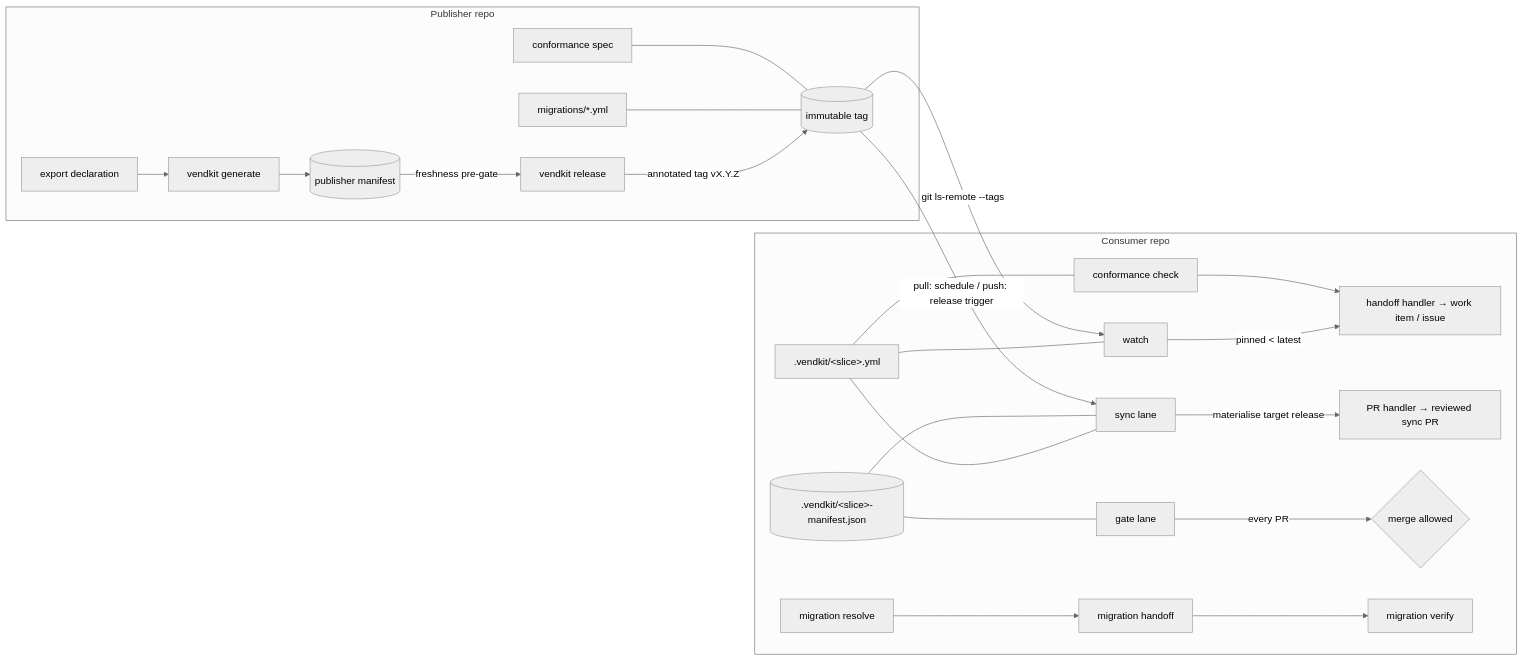
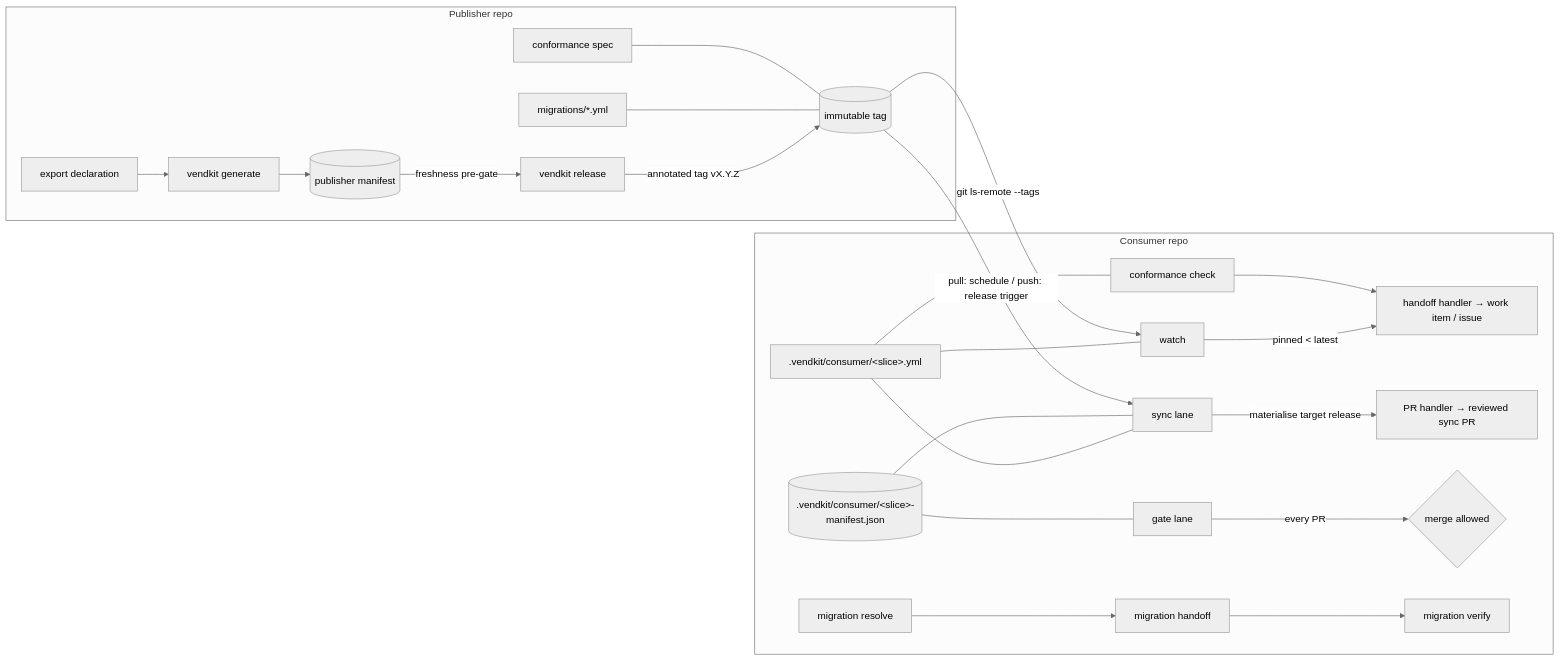
The diagram in docs/architecture.md (jameswbaxter/vendkit), drawn with Mermaid (neutral theme) before and after one commit. The commit also changed other lines of this file and 27 other files, not shown here.

First line of the commit message:
feat!: split .vendkit/ into consumer/ and publisher/ halves

````diff
--- a/docs/architecture.md
+++ b/docs/architecture.md
@@ -45,24 +45,24 @@
 ```mermaid
 flowchart LR
   subgraph Publisher repo
     D[export declaration] --> G[vendkit generate]
     G --> M[(publisher manifest)]
     R[vendkit release] -->|annotated tag vX.Y.Z| T[(immutable tag)]
     M -->|freshness pre-gate| R
     MIG[migrations/*.yml] --- T
     CS[conformance spec] --- T
   end
 
   subgraph Consumer repo
     W[watch] -->|pinned < latest| H[handoff handler → work item / issue]
     S[sync lane] -->|materialise target release| PR[PR handler → reviewed sync PR]
     GATE[gate lane] -->|every PR| OK{merge allowed}
     MR[migration resolve] --> H2[migration handoff] --> V[migration verify]
     C[conformance check] --> H
-    CFG[.vendkit/&lt;slice&gt;.yml] --- W & S & C
-    CM[(.vendkit/&lt;slice&gt;-manifest.json)] --- GATE & S
+    CFG[.vendkit/consumer/&lt;slice&gt;.yml] --- W & S & C
+    CM[(.vendkit/consumer/&lt;slice&gt;-manifest.json)] --- GATE & S
   end
 
   T -->|pull: schedule / push: release trigger| S
   T -->|git ls-remote --tags| W
 ```
````
